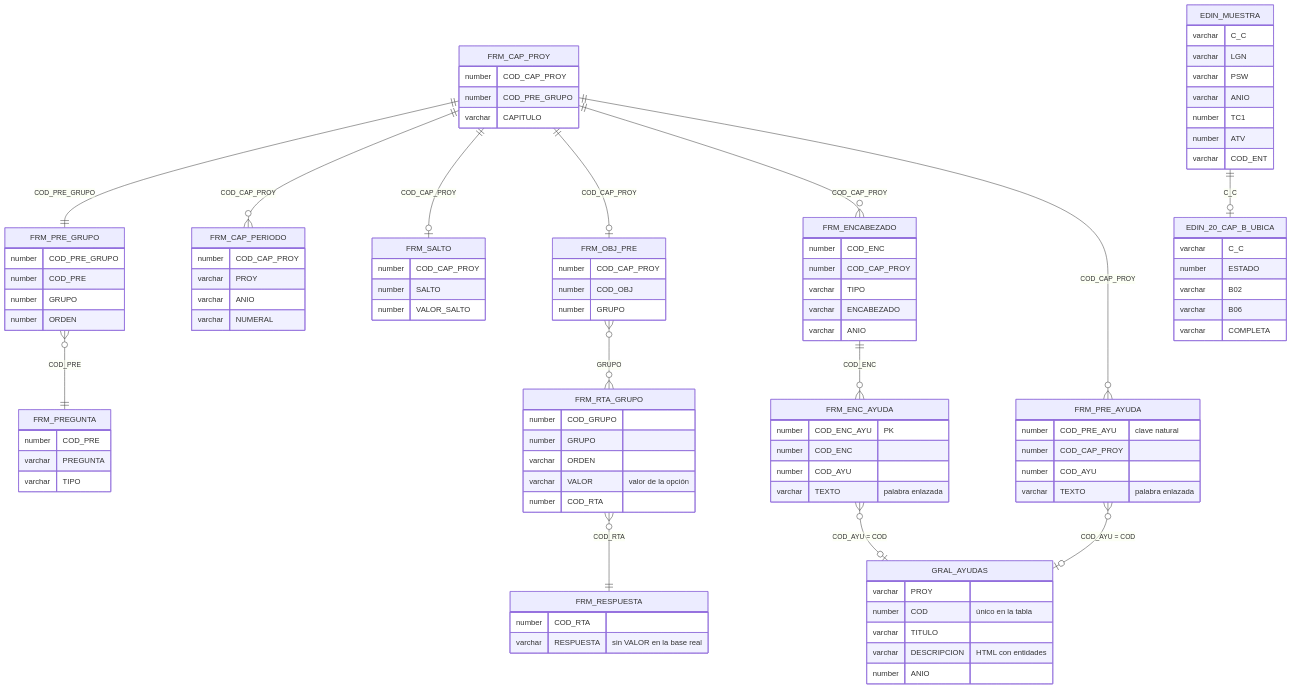
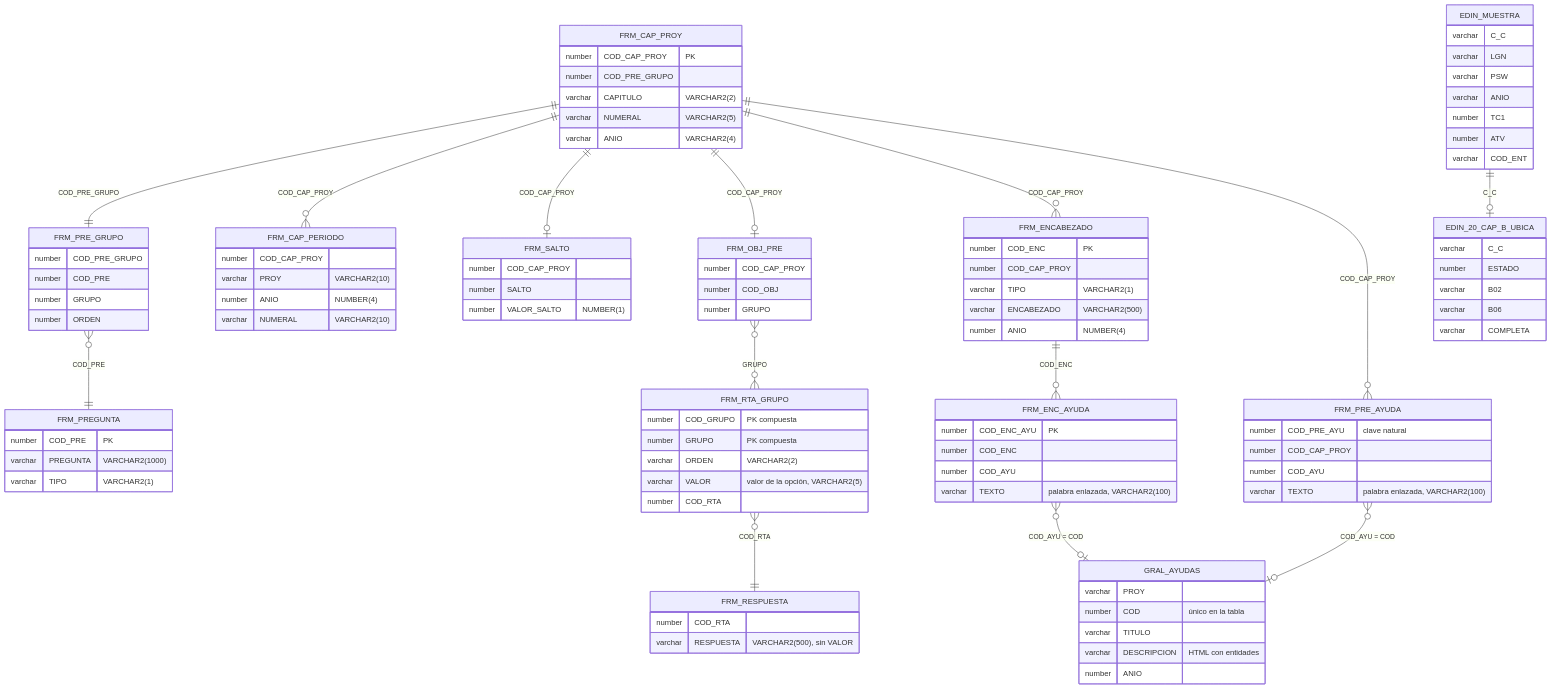
The diagram in docs/diagramas/mer-tablas-usadas.md (xiliosd/EDIS), drawn with Mermaid before and after one commit. The commit also changed other lines of this file and 5 other files, not shown here.

First line of the commit message:
docs: ajuste a la base real (WE8ISO8859P15 y longitudes de FRM_*)

```diff
--- a/docs/diagramas/mer-tablas-usadas.md
+++ b/docs/diagramas/mer-tablas-usadas.md
@@ -22,9 +22,11 @@
   FRM_ENC_AYUDA }o--o| GRAL_AYUDAS : "COD_AYU = COD"
   EDIN_MUESTRA ||--o| EDIN_20_CAP_B_UBICA : "C_C"
   FRM_CAP_PROY {
-    number COD_CAP_PROY
+    number COD_CAP_PROY "PK"
     number COD_PRE_GRUPO
-    varchar CAPITULO
+    varchar CAPITULO "VARCHAR2(2)"
+    varchar NUMERAL "VARCHAR2(5)"
+    varchar ANIO "VARCHAR2(4)"
   }
   FRM_PRE_GRUPO {
     number COD_PRE_GRUPO
@@ -33,20 +35,20 @@
     number ORDEN
   }
   FRM_PREGUNTA {
-    number COD_PRE
-    varchar PREGUNTA
-    varchar TIPO
+    number COD_PRE "PK"
+    varchar PREGUNTA "VARCHAR2(1000)"
+    varchar TIPO "VARCHAR2(1)"
   }
   FRM_CAP_PERIODO {
     number COD_CAP_PROY
-    varchar PROY
-    varchar ANIO
-    varchar NUMERAL
+    varchar PROY "VARCHAR2(10)"
+    number ANIO "NUMBER(4)"
+    varchar NUMERAL "VARCHAR2(10)"
   }
   FRM_SALTO {
     number COD_CAP_PROY
     number SALTO
-    number VALOR_SALTO
+    number VALOR_SALTO "NUMBER(1)"
   }
   FRM_OBJ_PRE {
     number COD_CAP_PROY
@@ -54,27 +56,27 @@
     number GRUPO
   }
   FRM_RTA_GRUPO {
-    number COD_GRUPO
-    number GRUPO
-    varchar ORDEN
-    varchar VALOR "valor de la opción"
+    number COD_GRUPO "PK compuesta"
+    number GRUPO "PK compuesta"
+    varchar ORDEN "VARCHAR2(2)"
+    varchar VALOR "valor de la opción, VARCHAR2(5)"
     number COD_RTA
   }
   FRM_RESPUESTA {
     number COD_RTA
-    varchar RESPUESTA "sin VALOR en la base real"
+    varchar RESPUESTA "VARCHAR2(500), sin VALOR"
   }
   FRM_PRE_AYUDA {
     number COD_PRE_AYU "clave natural"
     number COD_CAP_PROY
     number COD_AYU
-    varchar TEXTO "palabra enlazada"
+    varchar TEXTO "palabra enlazada, VARCHAR2(100)"
   }
   FRM_ENC_AYUDA {
     number COD_ENC_AYU "PK"
     number COD_ENC
     number COD_AYU
-    varchar TEXTO "palabra enlazada"
+    varchar TEXTO "palabra enlazada, VARCHAR2(100)"
   }
   GRAL_AYUDAS {
     varchar PROY
@@ -84,11 +86,11 @@
     number ANIO
   }
   FRM_ENCABEZADO {
-    number COD_ENC
+    number COD_ENC "PK"
     number COD_CAP_PROY
-    varchar TIPO
-    varchar ENCABEZADO
-    varchar ANIO
+    varchar TIPO "VARCHAR2(1)"
+    varchar ENCABEZADO "VARCHAR2(500)"
+    number ANIO "NUMBER(4)"
   }
   EDIN_MUESTRA {
     varchar C_C
```
